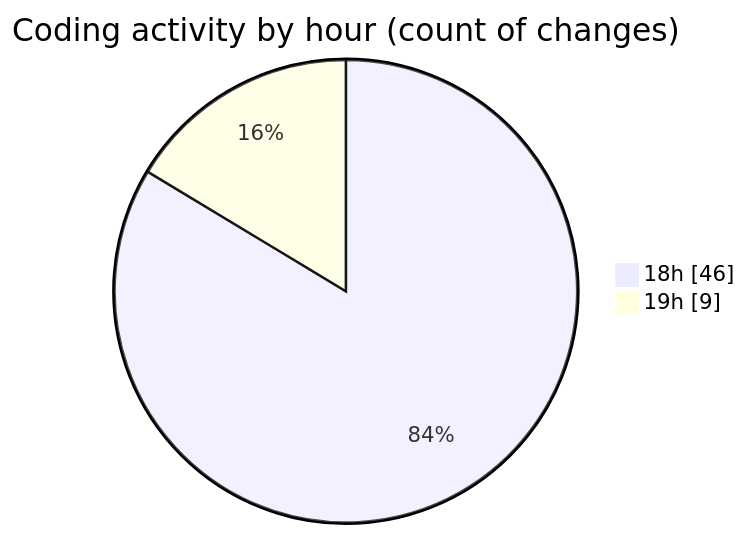
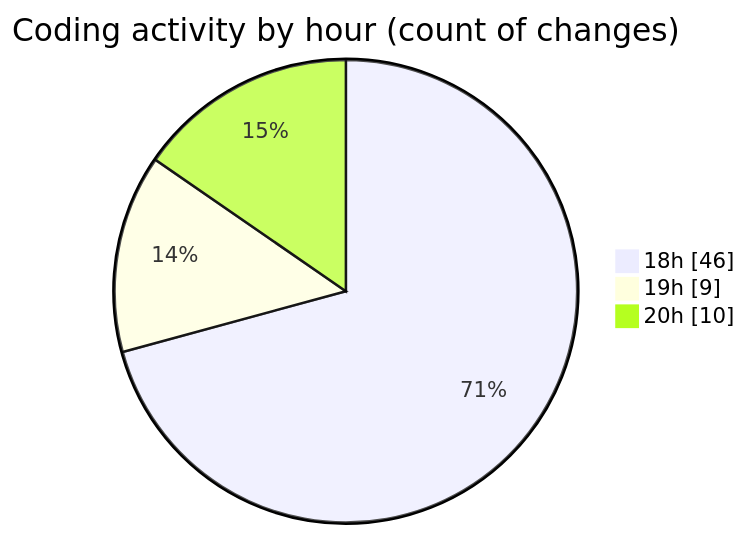
The second of 2 diagrams in 2025-07-05/hidden_search_widget/README.md (Ritupan-Deka/code-tracking), drawn with Mermaid before and after one commit. The commit also changed other lines of this file and 1 other file, not shown here.

````diff
--- a/2025-07-05/hidden_search_widget/README.md
+++ b/2025-07-05/hidden_search_widget/README.md
@@ -34,6 +34,7 @@
 ```mermaid
 pie showData
 title Coding activity by hour (count of changes)
 "18h" : 46
 "19h" : 9
+"20h" : 10
 ```
````
